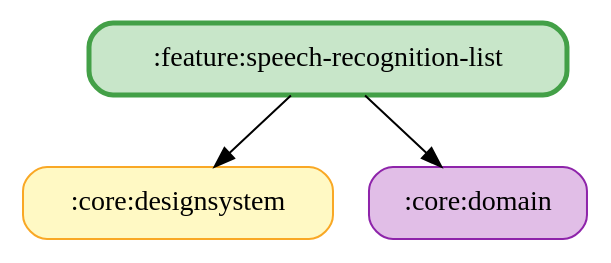
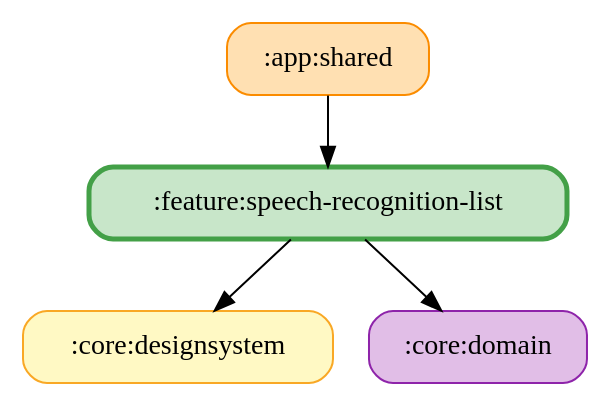
One commit to ai-kurou/KoDriver changed the diagram in docs/graphs/feature-speech-recognition-list.gv. Above: the diagram before and after it, drawn with Graphviz. The commit also changed 3 other files, not shown here.

Commit message:
chore: update module graph images

```diff
--- a/docs/graphs/feature-speech-recognition-list.gv
+++ b/docs/graphs/feature-speech-recognition-list.gv
@@ -1,9 +1,11 @@
 digraph G {
   rankdir=TB
   node [shape=box, style="rounded,filled"]
+  ":app:shared" [fillcolor="#FFE0B2", color="#FB8C00", penwidth=1]
   ":core:designsystem" [fillcolor="#FFF9C4", color="#F9A825", penwidth=1]
   ":core:domain" [fillcolor="#E1BEE7", color="#8E24AA", penwidth=1]
   ":feature:speech-recognition-list" [fillcolor="#C8E6C9", color="#43A047", penwidth=2.5]
+  ":app:shared" -> ":feature:speech-recognition-list"
   ":feature:speech-recognition-list" -> ":core:domain"
   ":feature:speech-recognition-list" -> ":core:designsystem"
 }
```
